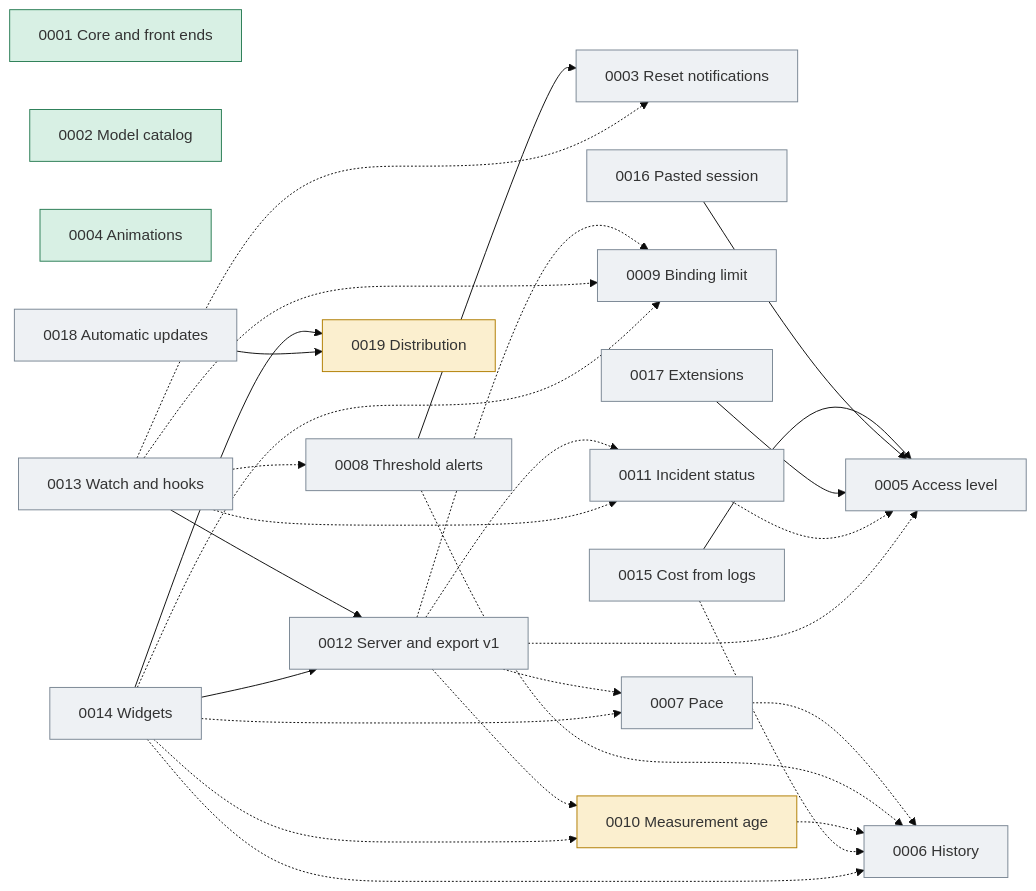
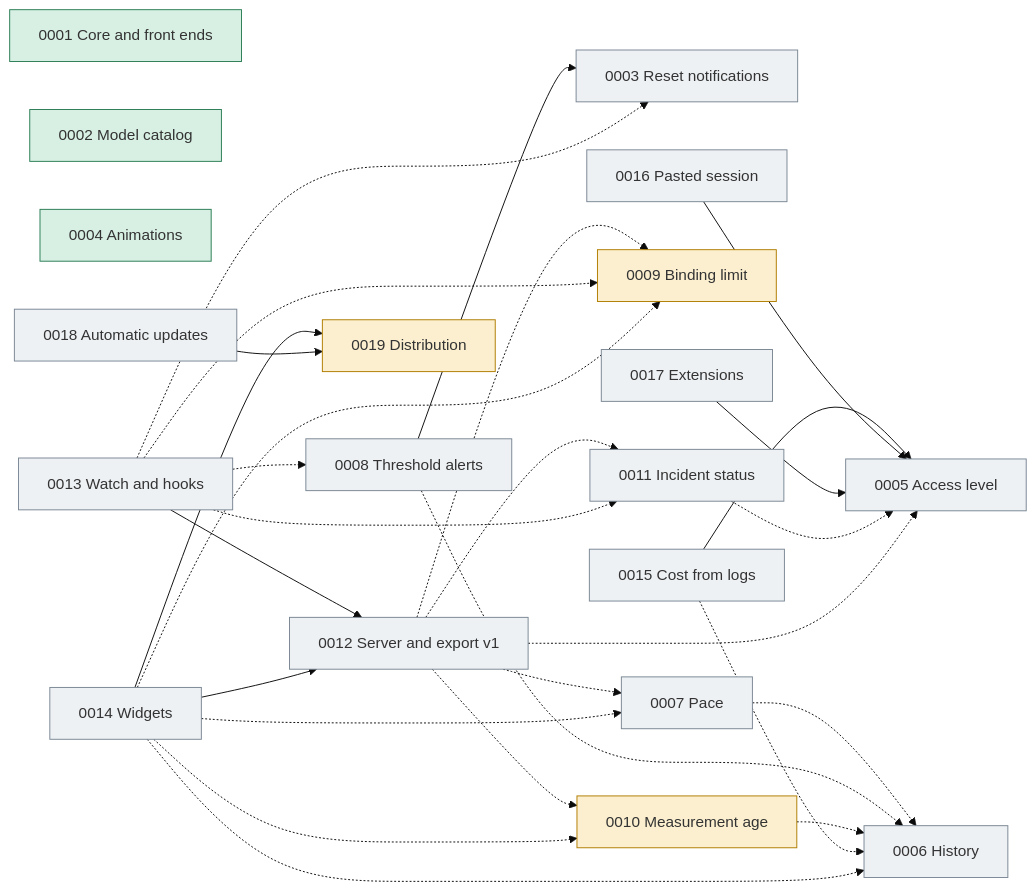
One commit to jmarcon/cuotai changed the diagram in docs/plans/0000_control.md. Above: the diagram before and after it, drawn with Mermaid (base theme). The commit also changed other lines of this file and 12 other files, not shown here.

First line of the commit message:
feat(core): add binding limit metric and localized summary

````diff
--- a/docs/plans/0000_control.md
+++ b/docs/plans/0000_control.md
@@ -72,54 +73,54 @@
 ```mermaid
 graph LR
   classDef done fill:#d8f0e4,stroke:#2a7d55
   classDef wip fill:#fbefcf,stroke:#b07d00
   classDef todo fill:#eef1f4,stroke:#7a8794
 
   P1["0001 Core and front ends"]:::done
   P2["0002 Model catalog"]:::done
   P3["0003 Reset notifications"]:::todo
   P4["0004 Animations"]:::done
   P5["0005 Access level"]:::todo
   P6["0006 History"]:::todo
   P7["0007 Pace"]:::todo
   P8["0008 Threshold alerts"]:::todo
-  P9["0009 Binding limit"]:::todo
+  P9["0009 Binding limit"]:::wip
   P10["0010 Measurement age"]:::wip
   P11["0011 Incident status"]:::todo
   P12["0012 Server and export v1"]:::todo
   P13["0013 Watch and hooks"]:::todo
   P14["0014 Widgets"]:::todo
   P15["0015 Cost from logs"]:::todo
   P16["0016 Pasted session"]:::todo
   P17["0017 Extensions"]:::todo
   P18["0018 Automatic updates"]:::todo
   P19["0019 Distribution"]:::wip
 
   P8 --> P3
   P13 --> P12
   P14 --> P12
   P14 --> P19
   P15 --> P5
   P16 --> P5
   P17 --> P5
   P18 --> P19
 
   P7 -.-> P6
   P8 -.-> P6
   P10 -.-> P6
   P11 -.-> P5
   P15 -.-> P6
   P12 -.-> P5
   P12 -.-> P7
   P12 -.-> P9
   P12 -.-> P10
   P12 -.-> P11
   P13 -.-> P3
   P13 -.-> P8
   P13 -.-> P9
   P13 -.-> P11
   P14 -.-> P6
   P14 -.-> P7
   P14 -.-> P9
   P14 -.-> P10
 ```
````
